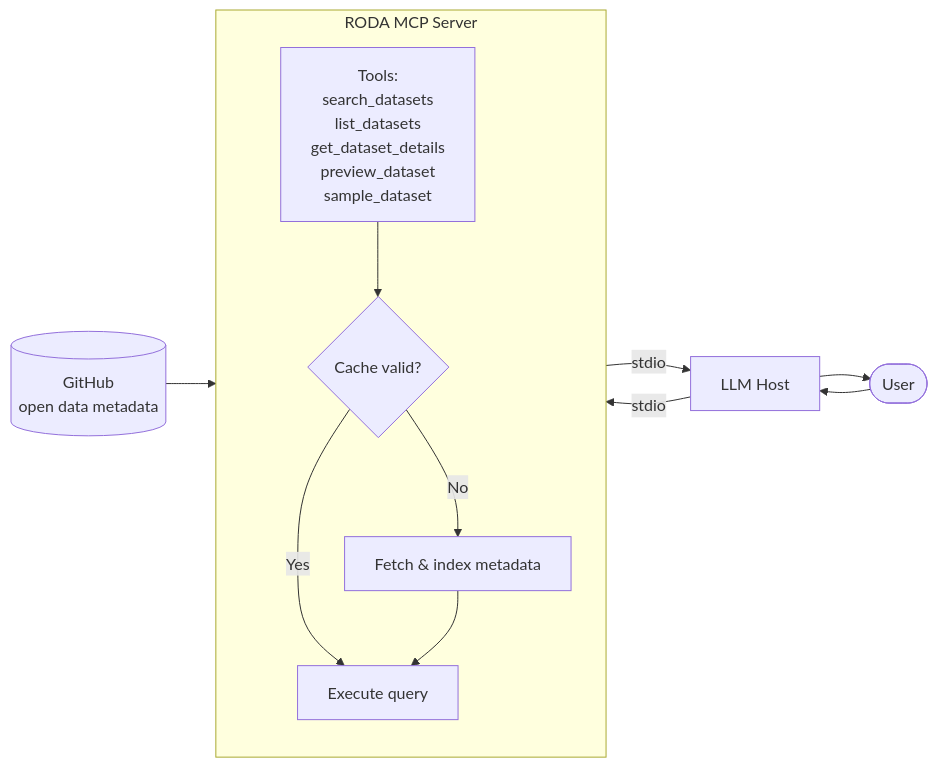
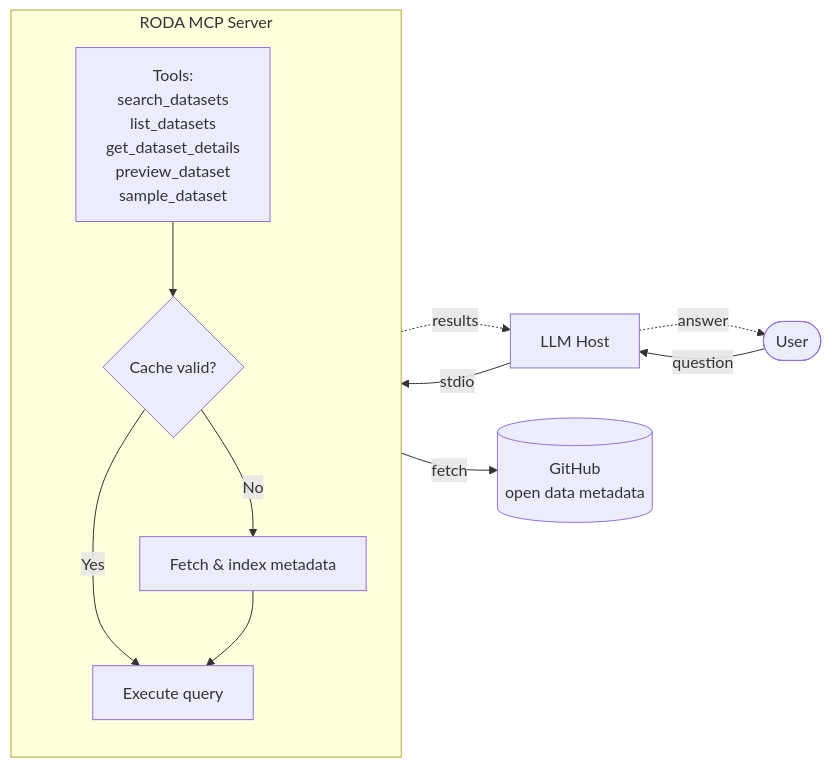
Before and after one commit to awslabs/mcp: the diagram in src/roda-mcp-server/docs/high-level-design.md, drawn with Mermaid. The commit also changed 1 other file, not shown here.

Commit message:
update flowchart; update pytest location

````diff
--- a/src/roda-mcp-server/docs/high-level-design.md
+++ b/src/roda-mcp-server/docs/high-level-design.md
@@ -8,22 +8,22 @@
 ```mermaid
-  flowchart LR
-      User([User]) --> LLM["LLM Host"]
+    flowchart LR
+      User([User]) -->|question| LLM["LLM Host"]
       LLM -->|stdio| Server
-      Server -->|stdio| LLM
-      LLM --> User
+      Server -.->|results| LLM -.->|answer| User
 
       subgraph Server["RODA MCP Server"]
           direction TB
 
   Tools["Tools:<br/>search_datasets<br/>list_datasets<br/>get_dataset_details<br/>preview_dataset<br/>sample_dataset"]
           Cache{"Cache valid?"}
           Execute["Execute query"]
 
           Tools --> Cache
           Cache -->|Yes| Execute
           Cache -->|No| Fetch["Fetch & index metadata"]
           Fetch --> Execute
       end
 
-      GitHub[("GitHub<br/>open data metadata")] --> Fetch
+      GitHub[("GitHub<br/>open data metadata")]
+      Fetch -->|fetch| GitHub
 ```
````
